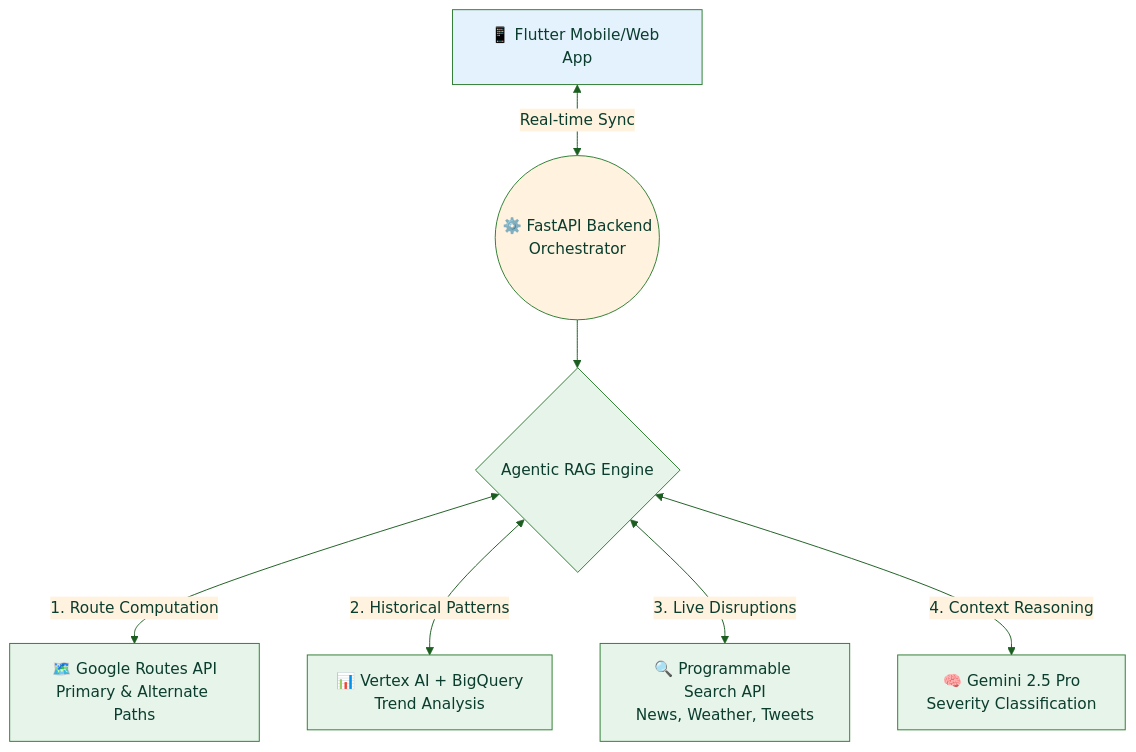
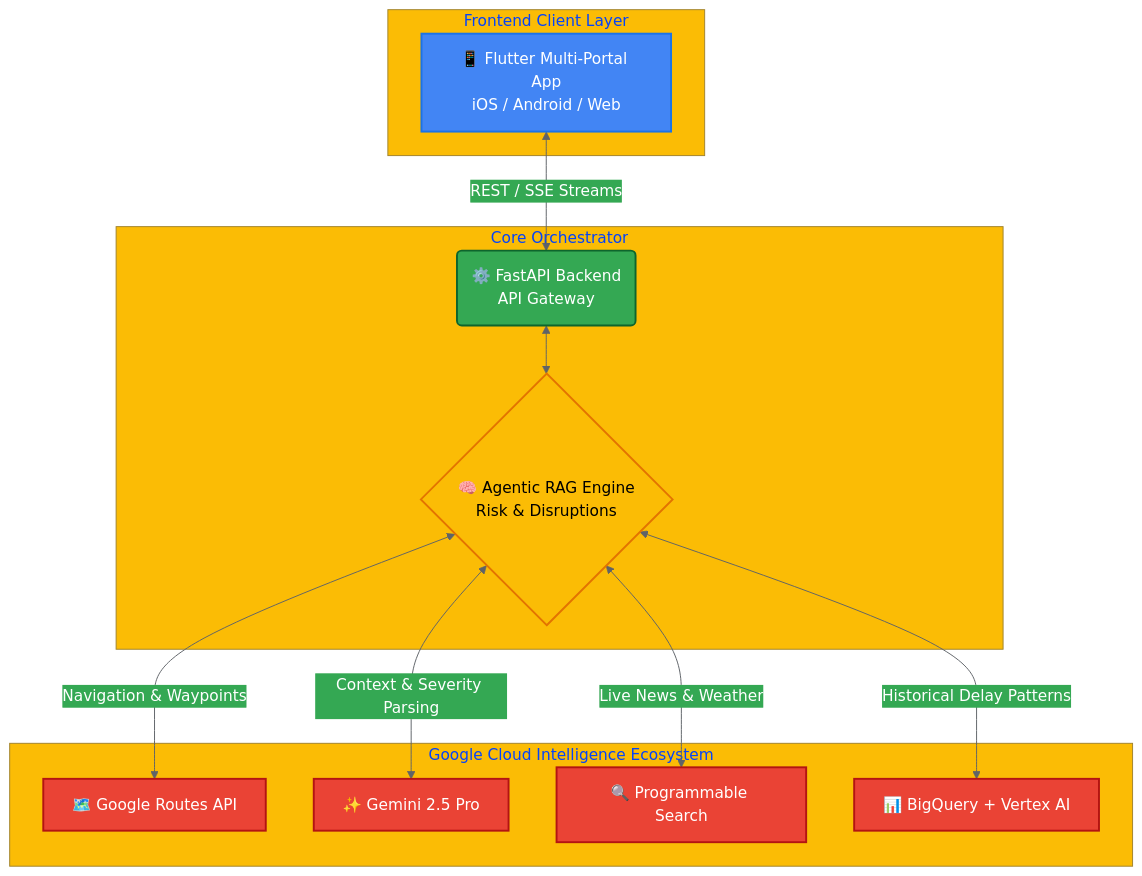
One commit to TechNoSena/Garuda changed the first of 4 diagrams in readme.md. Above: the diagram before and after it, drawn with Mermaid. The commit also changed other lines of this file and 2 other files, not shown here.

````diff
--- a/readme.md
+++ b/readme.md
@@ -143,18 +66,34 @@
 ```mermaid
-%%{init: {"theme": "base", "themeVariables": {"primaryColor": "#E6F4EA", "primaryTextColor": "#0B3D2E", "primaryBorderColor": "#2E7D32", "lineColor": "#1B5E20", "secondaryColor": "#FFF3E0", "tertiaryColor": "#E3F2FD", "fontFamily": "Trebuchet MS"}}}%%
+%%{init: {"theme": "base", "themeVariables": {"primaryColor": "#4285F4", "primaryTextColor": "#FFFFFF", "primaryBorderColor": "#1A73E8", "lineColor": "#5F6368", "secondaryColor": "#34A853", "tertiaryColor": "#FBBC05", "fontFamily": "Roboto"}}}%%
 graph TD
-    A[📱 Flutter Mobile/Web App] <-->|Real-time Sync| B((⚙️ FastAPI Backend<br/>Orchestrator))
-    B --> C{Agentic RAG Engine}
-    C <-->|1. Route Computation| D["🗺️ Google Routes API<br/>Primary & Alternate Paths"]
-    C <-->|2. Historical Patterns| E["📊 Vertex AI + BigQuery<br/>Trend Analysis"]
-    C <-->|3. Live Disruptions| F["🔍 Programmable Search API<br/>News, Weather, Tweets"]
-    C <-->|4. Context Reasoning| G["🧠 Gemini 2.5 Pro<br/>Severity Classification"]
-    
-    style A fill:#E3F2FD
-    style B fill:#FFF3E0
-    style C fill:#E6F4EA
-    style D fill:#E6F4EA
-    style E fill:#E6F4EA
-    style F fill:#E6F4EA
-    style G fill:#E6F4EA
+    subgraph Frontend Client Layer
+        A[📱 Flutter Multi-Portal App<br>iOS / Android / Web]
+    end
+
+    subgraph Core Orchestrator
+        B(⚙️ FastAPI Backend<br>API Gateway)
+        C{🧠 Agentic RAG Engine<br>Risk & Disruptions}
+    end
+
+    subgraph Google Cloud Intelligence Ecosystem
+        D[🗺️ Google Routes API]
+        E[✨ Gemini 2.5 Pro]
+        F[🔍 Programmable Search]
+        G[📊 BigQuery + Vertex AI]
+    end
+
+    A <-->|REST / SSE Streams| B
+    B <--> C
+    C <-->|Navigation & Waypoints| D
+    C <-->|Context & Severity Parsing| E
+    C <-->|Live News & Weather| F
+    C <-->|Historical Delay Patterns| G
+
+    style A fill:#4285F4,stroke:#1A73E8,stroke-width:2px,color:#FFF
+    style B fill:#34A853,stroke:#0D652D,stroke-width:2px,color:#FFF
+    style C fill:#FBBC05,stroke:#E37400,stroke-width:2px,color:#000
+    style D fill:#EA4335,stroke:#B31412,stroke-width:2px,color:#FFF
+    style E fill:#EA4335,stroke:#B31412,stroke-width:2px,color:#FFF
+    style F fill:#EA4335,stroke:#B31412,stroke-width:2px,color:#FFF
+    style G fill:#EA4335,stroke:#B31412,stroke-width:2px,color:#FFF
 ```
````
